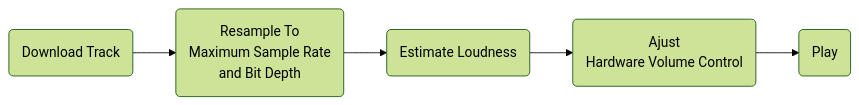
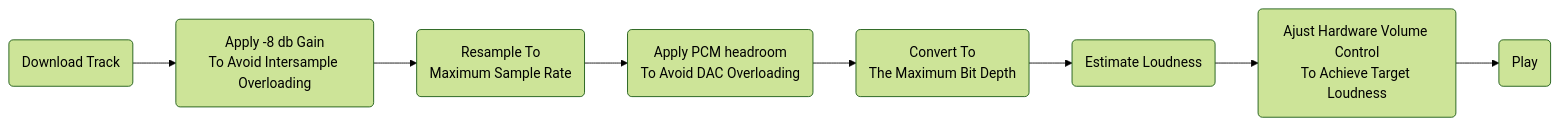
The diagram in README.md (bizkut/tidalplay), drawn with Mermaid (forest theme) before and after one commit. The commit also changed other lines of this file, not shown here.

````diff
--- a/README.md
+++ b/README.md
@@ -16,7 +16,10 @@
 ```mermaid
 graph LR
-    A(Download Track) --> B(Resample To<br/>Maximum Sample Rate <br/>and Bit Depth);
-    B-->C(Estimate Loudness);
-    C-->D(Ajust<br/>Hardware Volume Control);
-    D-->E(Play);
+    A(Download Track)-->B(Apply -8 db Gain<br/>To Avoid Intersample Overloading);
+    B-->C(Resample To<br/>Maximum Sample Rate);
+    C-->D(Apply PCM headroom<br/>To Avoid DAC Overloading);
+    D-->E(Convert To<br/>The Maximum Bit Depth)
+    E-->F(Estimate Loudness);
+    F-->G(Ajust Hardware Volume Control<br/>To Achieve Target Loudness);
+    G-->I(Play);
 ```
````
